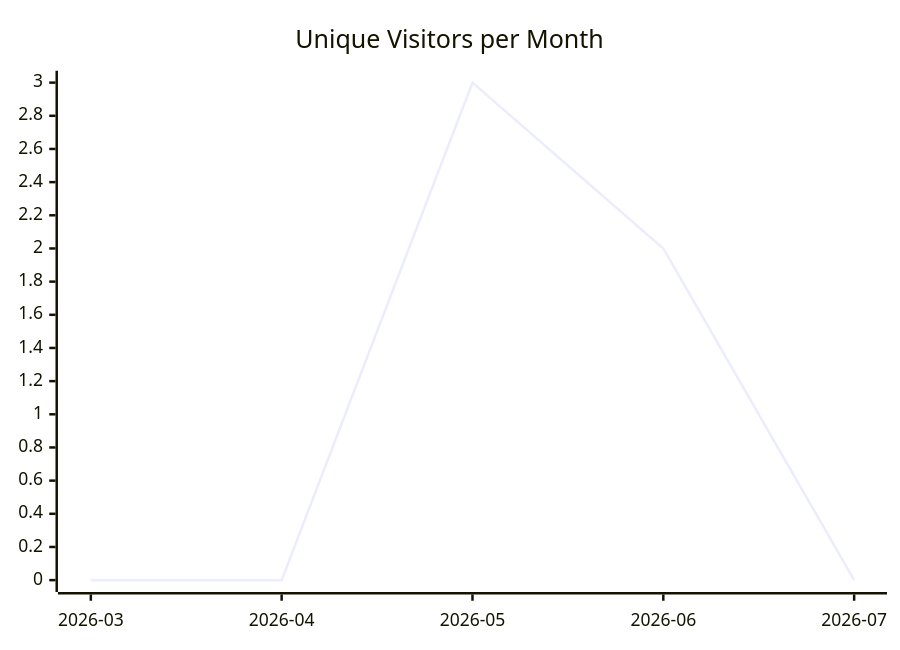
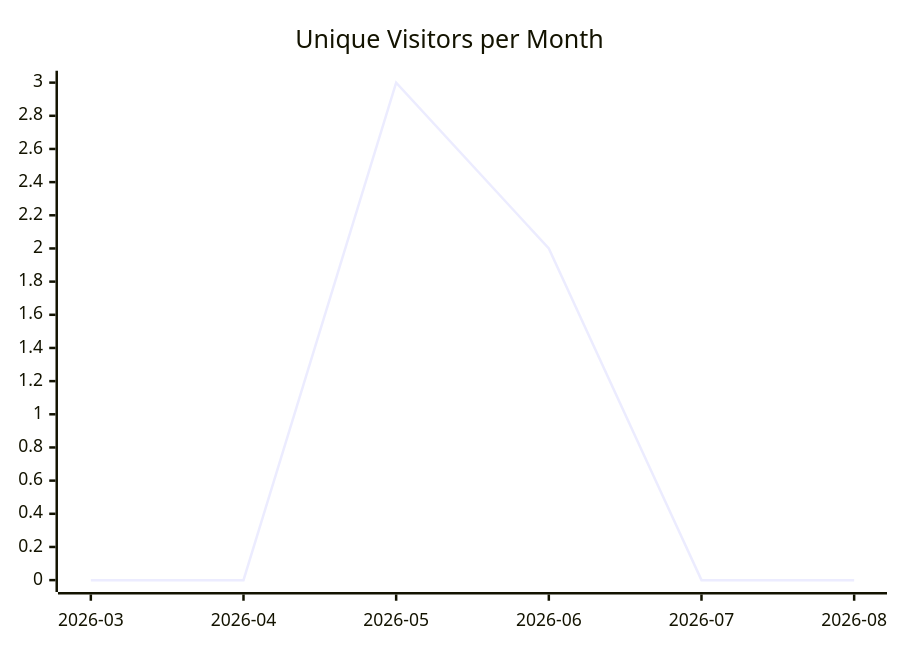
One commit to justdavis-family/github-analytics-data changed the first of 3 diagrams in karlmdavis/kobjects/README.md. Above: the diagram before and after it, drawn with Mermaid. The commit also changed other lines of this file and 180 other files, not shown here.

````diff
--- a/karlmdavis/kobjects/README.md
+++ b/karlmdavis/kobjects/README.md
@@ -5,6 +5,6 @@
 ```mermaid
 xychart-beta
   title "Unique Visitors per Month"
-  x-axis ["2026-03", "2026-04", "2026-05", "2026-06", "2026-07"]
-  line [0, 0, 3, 2, 0]
+  x-axis ["2026-03", "2026-04", "2026-05", "2026-06", "2026-07", "2026-08"]
+  line [0, 0, 3, 2, 0, 0]
 ```
````
